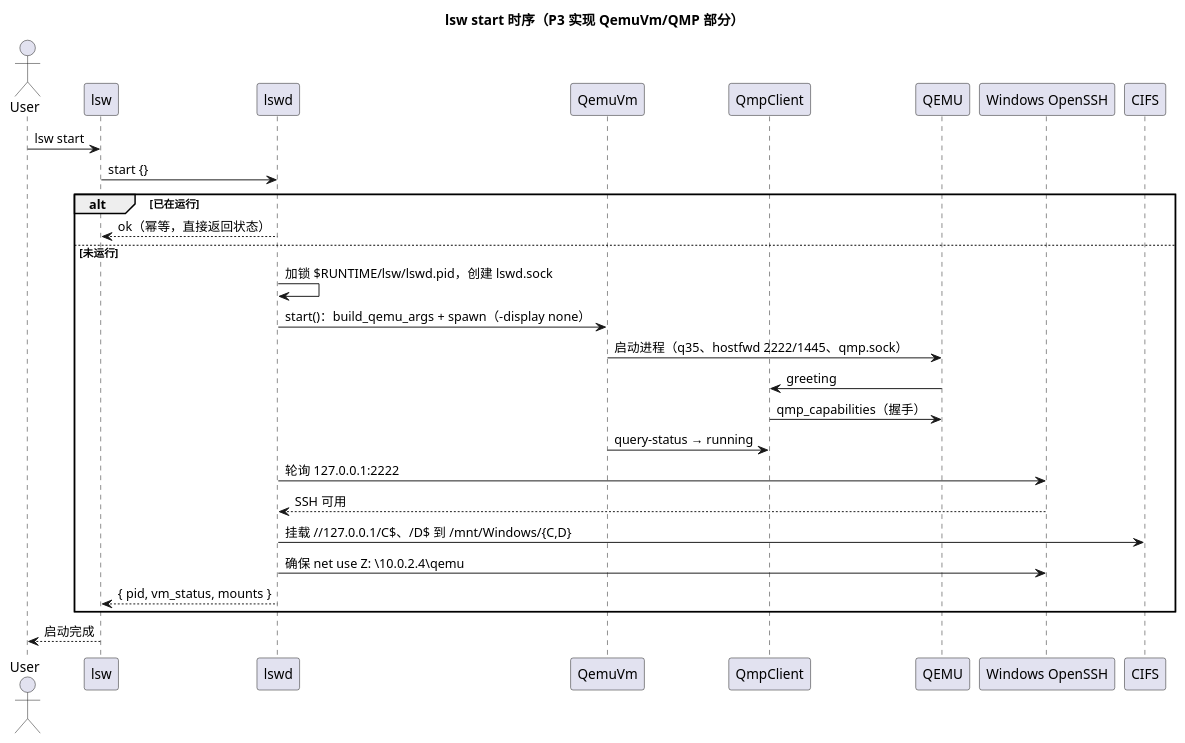
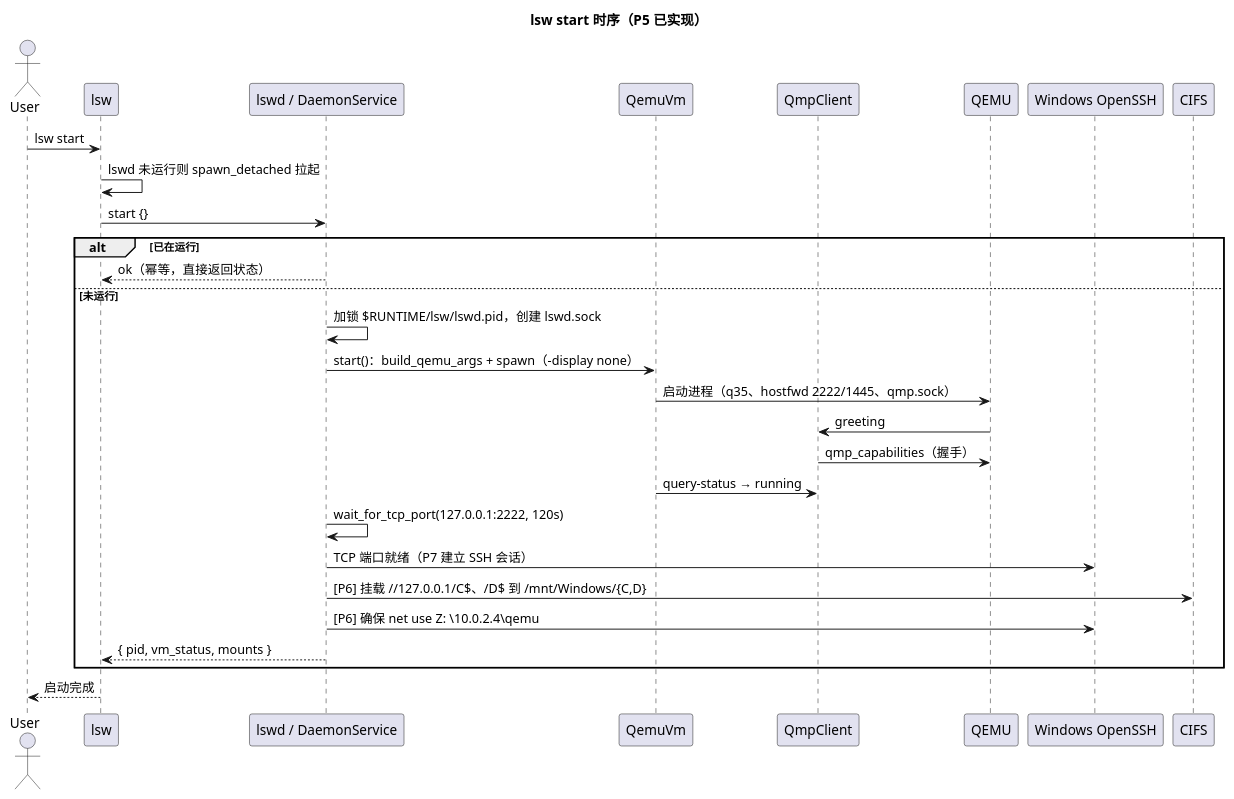
One commit to yunzheyue-star/lsw changed the diagram in docs/diagrams/sequence-start.puml. Above: the diagram before and after it, drawn with PlantUML. The commit also changed 66 other files, not shown here.

```diff
--- a/docs/diagrams/sequence-start.puml
+++ b/docs/diagrams/sequence-start.puml
@@ -1,30 +1,31 @@
 @startuml
-title lsw start 时序（P3 实现 QemuVm/QMP 部分）
+title lsw start 时序（P5 已实现）
 actor User
 participant "lsw" as CLI
-participant "lswd" as Daemon
+participant "lswd / DaemonService" as Daemon
 participant "QemuVm" as VM
 participant "QmpClient" as QMP
 participant "QEMU" as QEMU
 participant "Windows OpenSSH" as WinSSH
 participant "CIFS" as CIFS
 
 User -> CLI : lsw start
+CLI -> CLI : lswd 未运行则 spawn_detached 拉起
 CLI -> Daemon : start {}
 alt 已在运行
   Daemon --> CLI : ok（幂等，直接返回状态）
 else 未运行
   Daemon -> Daemon : 加锁 $RUNTIME/lsw/lswd.pid，创建 lswd.sock
   Daemon -> VM : start()：build_qemu_args + spawn（-display none）
   VM -> QEMU : 启动进程（q35、hostfwd 2222/1445、qmp.sock）
   QEMU -> QMP : greeting
   QMP -> QEMU : qmp_capabilities（握手）
   VM -> QMP : query-status → running
-  Daemon -> WinSSH : 轮询 127.0.0.1:2222
-  WinSSH --> Daemon : SSH 可用
-  Daemon -> CIFS : 挂载 //127.0.0.1/C$、/D$ 到 /mnt/Windows/{C,D}
-  Daemon -> WinSSH : 确保 net use Z: \\10.0.2.4\qemu
+  Daemon -> Daemon : wait_for_tcp_port(127.0.0.1:2222, 120s)
+  Daemon -> WinSSH : TCP 端口就绪（P7 建立 SSH 会话）
+  Daemon -> CIFS : [P6] 挂载 //127.0.0.1/C$、/D$ 到 /mnt/Windows/{C,D}
+  Daemon -> WinSSH : [P6] 确保 net use Z: \\10.0.2.4\qemu
   Daemon --> CLI : { pid, vm_status, mounts }
 end
 CLI --> User : 启动完成
 @enduml
```
